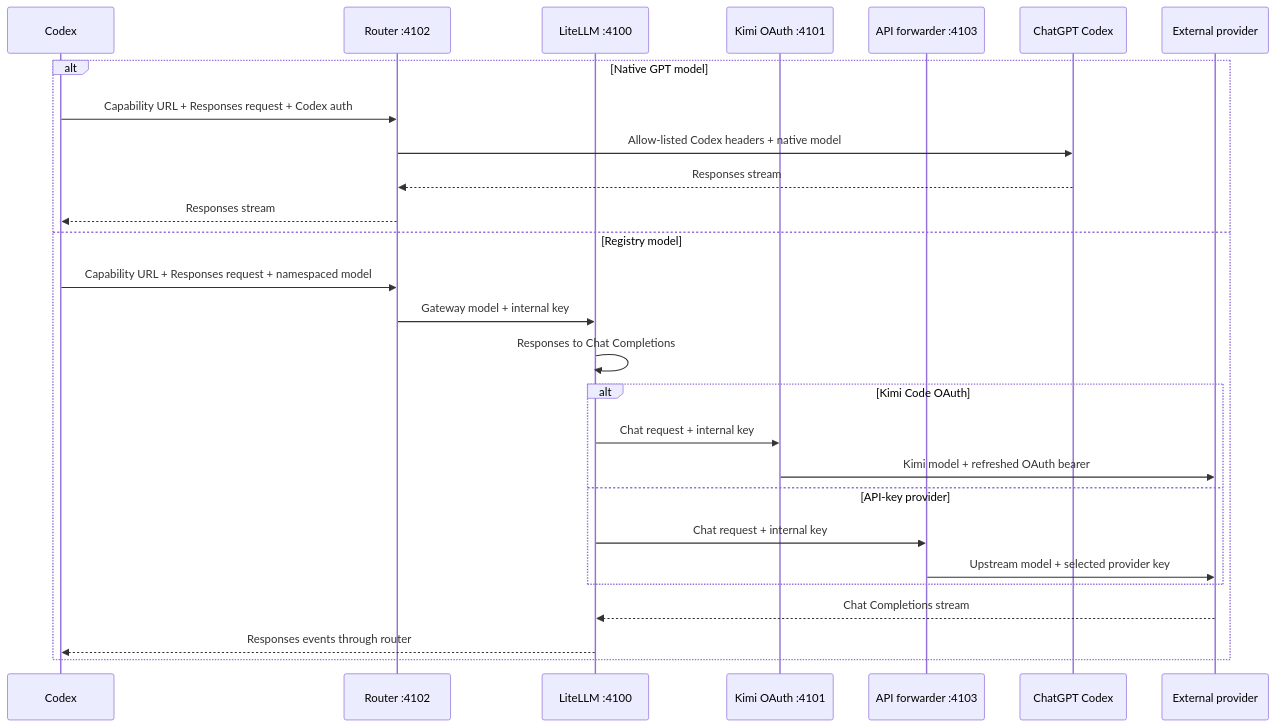
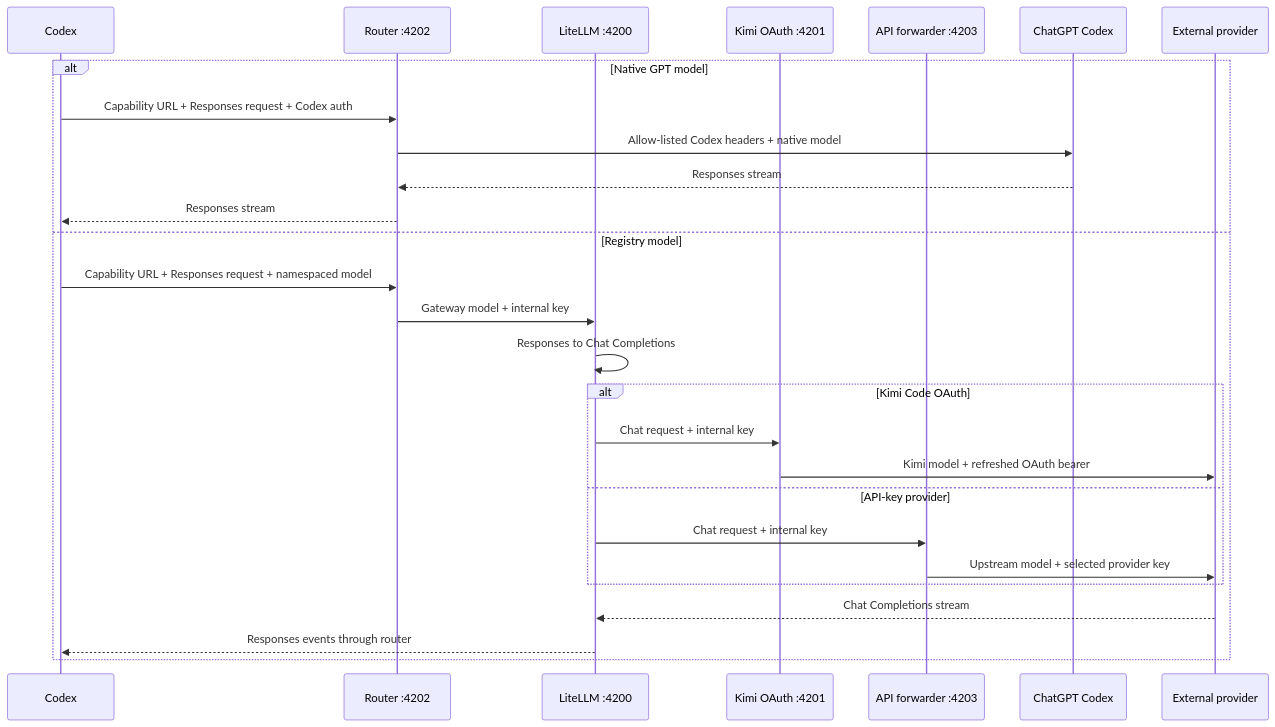
The diagram in docs/HOW-IT-WORKS.md (520qianjiawen/codex-router), drawn with Mermaid before and after one commit. The commit also changed other lines of this file and 32 other files, not shown here.

````diff
--- a/docs/HOW-IT-WORKS.md
+++ b/docs/HOW-IT-WORKS.md
@@ -22,30 +22,30 @@
 ```mermaid
 sequenceDiagram
   participant C as Codex
-  participant R as Router :4102
-  participant L as LiteLLM :4100
-  participant O as Kimi OAuth :4101
-  participant A as API forwarder :4103
+  participant R as Router :4202
+  participant L as LiteLLM :4200
+  participant O as Kimi OAuth :4201
+  participant A as API forwarder :4203
   participant G as ChatGPT Codex
   participant P as External provider
 
   alt Native GPT model
     C->>R: Capability URL + Responses request + Codex auth
     R->>G: Allow-listed Codex headers + native model
     G-->>R: Responses stream
     R-->>C: Responses stream
   else Registry model
     C->>R: Capability URL + Responses request + namespaced model
     R->>L: Gateway model + internal key
     L->>L: Responses to Chat Completions
     alt Kimi Code OAuth
       L->>O: Chat request + internal key
       O->>P: Kimi model + refreshed OAuth bearer
     else API-key provider
       L->>A: Chat request + internal key
       A->>P: Upstream model + selected provider key
     end
     P-->>L: Chat Completions stream
     L-->>C: Responses events through router
   end
 ```
````
